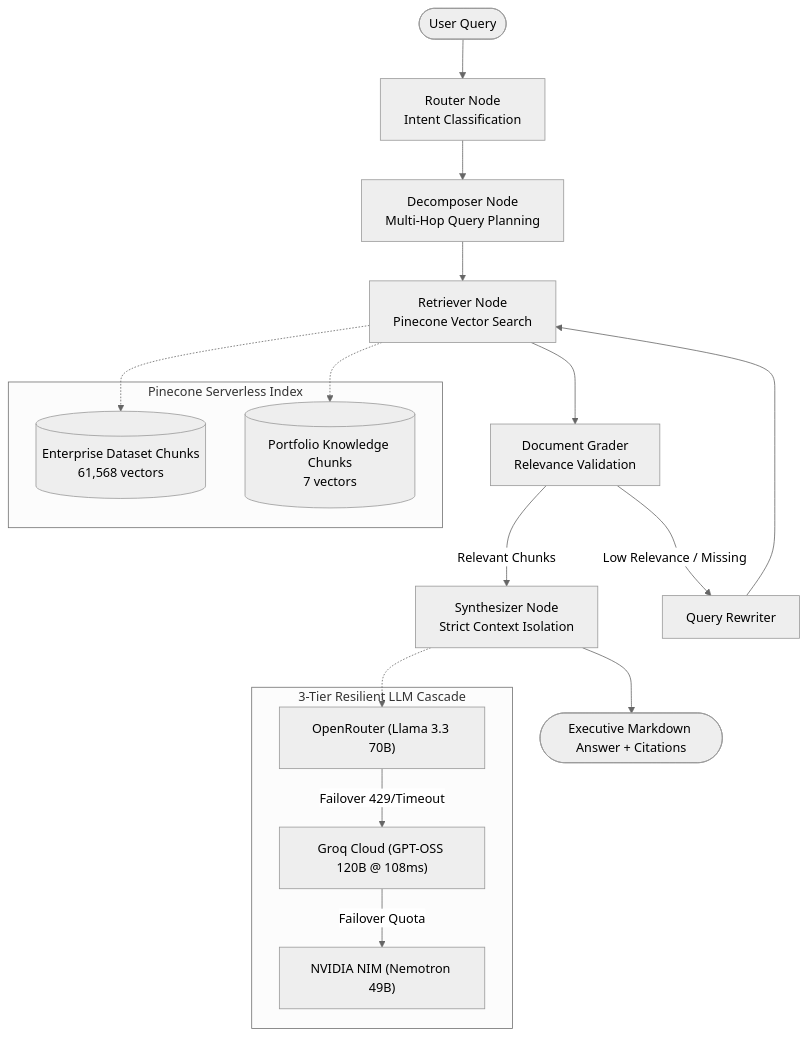
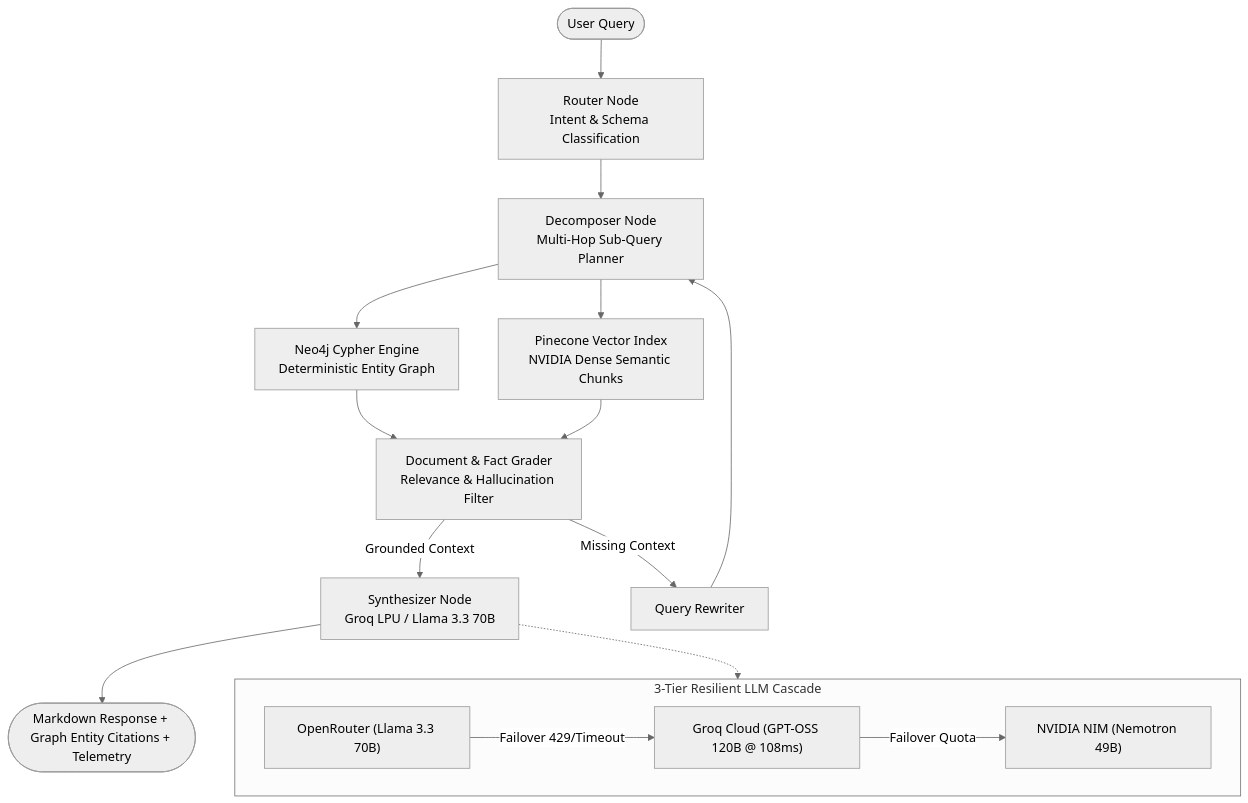
One commit to Dilip-Bhakadiwal/enterprise-rag-agent changed the diagram in README.md. Above: the diagram before and after it, drawn with Mermaid (neutral theme). The commit also changed other lines of this file, not shown here.

Commit message:
docs: update README with complete Nexora AI GraphRAG architecture, dataset schemas, and turnkey packaging

````diff
--- a/README.md
+++ b/README.md
@@ -10,24 +10,22 @@
 ```mermaid
 flowchart TD
-    U(["User Query"]) --> R["Router Node<br/>Intent Classification"]
-    R --> D["Decomposer Node<br/>Multi-Hop Query Planning"]
-    D --> RET["Retriever Node<br/>Pinecone Vector Search"]
-    RET --> G["Document Grader<br/>Relevance Validation"]
-    G -->|Relevant Chunks| S["Synthesizer Node<br/>Strict Context Isolation"]
-    G -->|Low Relevance / Missing| REW["Query Rewriter"] --> RET
+    U(["User Query"]) --> R["Router Node<br/>Intent & Schema Classification"]
+    R --> D["Decomposer Node<br/>Multi-Hop Sub-Query Planner"]
+    
+    D --> E1["Neo4j Cypher Engine<br/>Deterministic Entity Graph"]
+    D --> E2["Pinecone Vector Index<br/>NVIDIA Dense Semantic Chunks"]
+    
+    E1 --> G["Document & Fact Grader<br/>Relevance & Hallucination Filter"]
+    E2 --> G
+    
+    G -->|Grounded Context| S["Synthesizer Node<br/>Groq LPU / Llama 3.3 70B"]
+    G -->|Missing Context| REW["Query Rewriter"] --> D
 
     subgraph LLMCascade ["3-Tier Resilient LLM Cascade"]
         OR["OpenRouter (Llama 3.3 70B)"] -->|Failover 429/Timeout| GQ["Groq Cloud (GPT-OSS 120B @ 108ms)"]
         GQ -->|Failover Quota| NV["NVIDIA NIM (Nemotron 49B)"]
     end
 
-    subgraph VectorStorage ["Pinecone Serverless Index"]
-        V1[("Enterprise Dataset Chunks<br/>61,568 vectors")]
-        V2[("Portfolio Knowledge Chunks<br/>7 vectors")]
-    end
-
-    RET -.-> V1
-    RET -.-> V2
-    S -.-> OR
-    S --> OUT(["Executive Markdown Answer + Citations"])
+    S -.-> LLMCascade
+    S --> OUT(["Markdown Response + Graph Entity Citations + Telemetry"])
 ```
````
